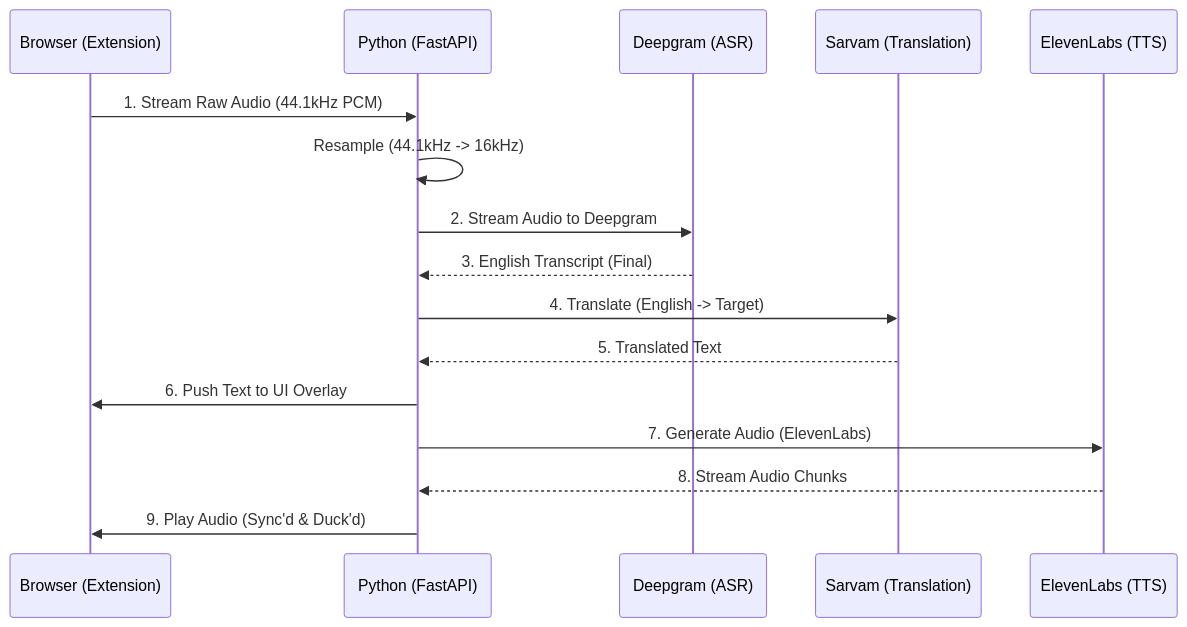
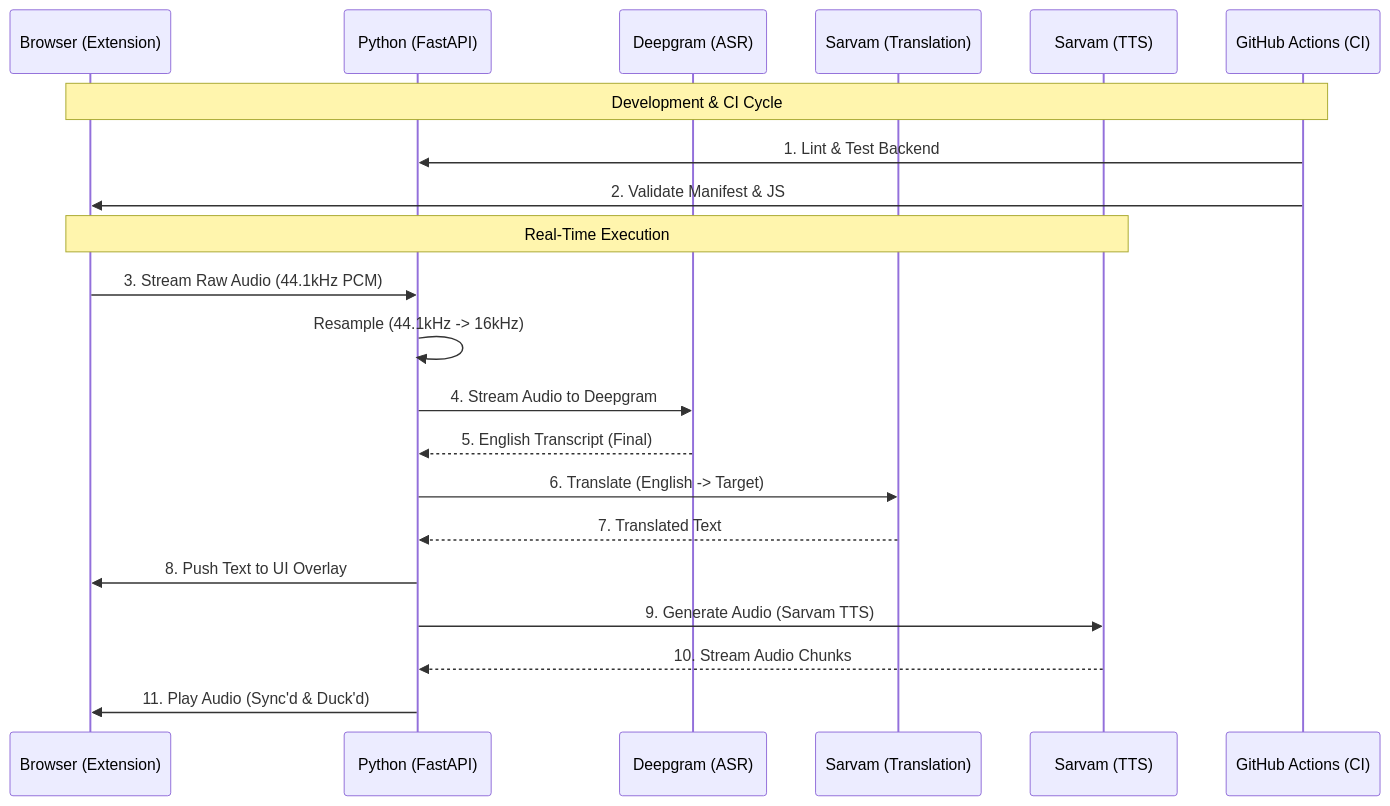
The diagram in GEMINI.md (rohithreddy-aistack/linguastream), drawn with Mermaid before and after one commit. The commit also changed other lines of this file and 4 other files, not shown here.

````diff
--- a/GEMINI.md
+++ b/GEMINI.md
@@ -16,19 +16,25 @@
 ```mermaid
 sequenceDiagram
     participant B as Browser (Extension)
     participant P as Python (FastAPI)
     participant D as Deepgram (ASR)
     participant S as Sarvam (Translation)
-    participant E as ElevenLabs (TTS)
+    participant T as Sarvam (TTS)
+    participant G as GitHub Actions (CI)
 
-    B->>P: 1. Stream Raw Audio (44.1kHz PCM)
+    Note over B,G: Development & CI Cycle
+    G->>P: 1. Lint & Test Backend
+    G->>B: 2. Validate Manifest & JS
+    
+    Note over B,T: Real-Time Execution
+    B->>P: 3. Stream Raw Audio (44.1kHz PCM)
     P->>P: Resample (44.1kHz -> 16kHz)
-    P->>D: 2. Stream Audio to Deepgram
-    D-->>P: 3. English Transcript (Final)
-    P->>S: 4. Translate (English -> Target)
-    S-->>P: 5. Translated Text
-    P->>B: 6. Push Text to UI Overlay
-    P->>E: 7. Generate Audio (ElevenLabs)
-    E-->>P: 8. Stream Audio Chunks
-    P->>B: 9. Play Audio (Sync'd & Duck'd)
+    P->>D: 4. Stream Audio to Deepgram
+    D-->>P: 5. English Transcript (Final)
+    P->>S: 6. Translate (English -> Target)
+    S-->>P: 7. Translated Text
+    P->>B: 8. Push Text to UI Overlay
+    P->>T: 9. Generate Audio (Sarvam TTS)
+    T-->>P: 10. Stream Audio Chunks
+    P->>B: 11. Play Audio (Sync'd & Duck'd)
 ```
````
